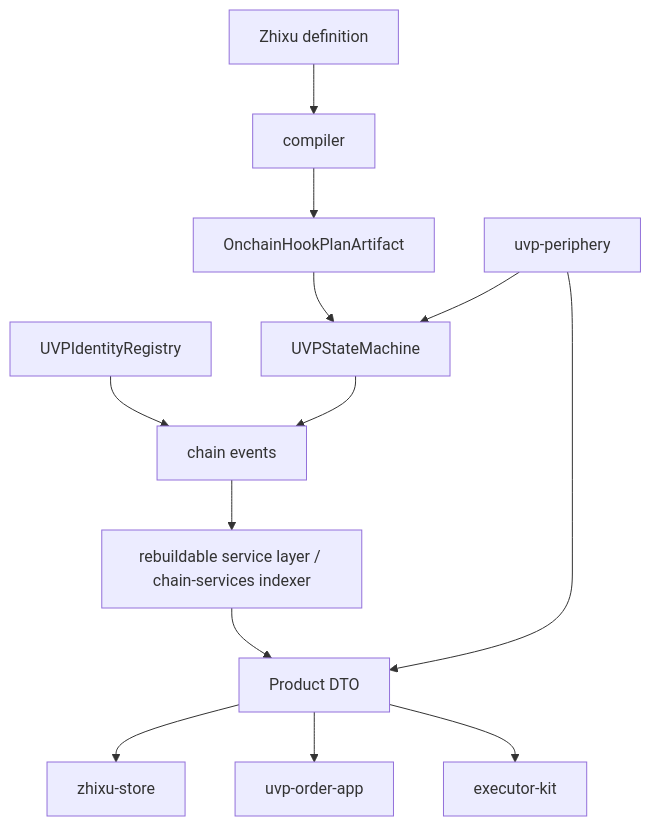
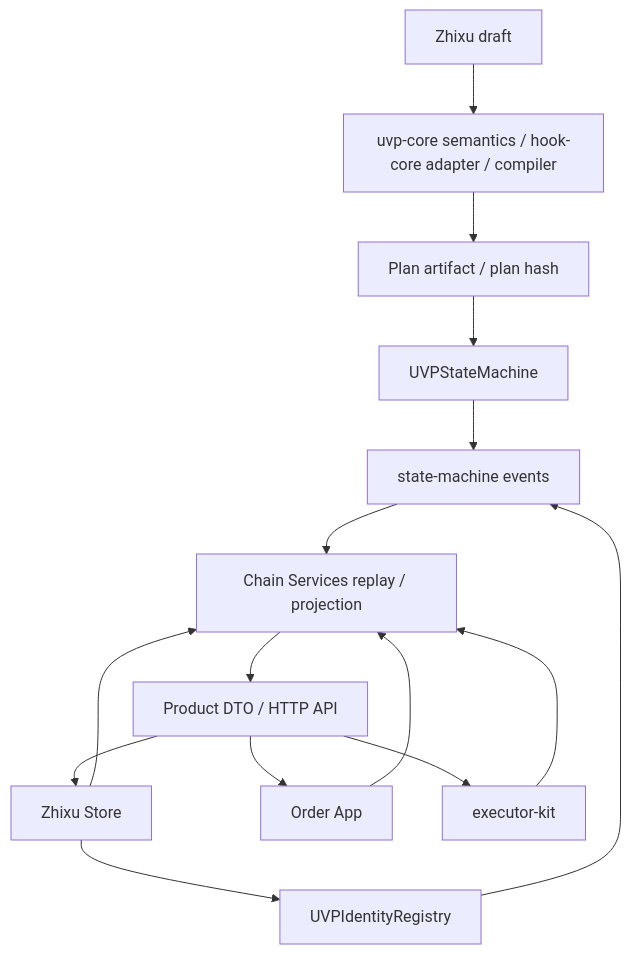
Before and after one commit to conucleus/uvp-wiki: the first of 2 diagrams in wiki/en/concepts/architecture.md, drawn with Mermaid. The commit also changed other lines of this file and 302 other files, not shown here.

````diff
--- a/wiki/en/concepts/architecture.md
+++ b/wiki/en/concepts/architecture.md
@@ -5,15 +12,17 @@
 ```mermaid
 flowchart TD
-  Z["Zhixu definition"] --> C["compiler"]
-  C --> OHP["OnchainHookPlanArtifact"]
-  OHP --> SM["UVPStateMachine"]
-  IR["UVPIdentityRegistry"] --> EV["identity events"]
-  SM --> EV["chain events"]
-  EV --> IDX["rebuildable service layer / chain-services indexer"]
-  IDX --> DTO["Product DTO"]
-  DTO --> Store["zhixu-store"]
-  DTO --> OrderApp["uvp-order-app"]
+  Z["Zhixu draft"] --> HC["uvp-core semantics / hook-core adapter / compiler"]
+  HC --> P["Plan artifact / plan hash"]
+  Store --> IR["UVPIdentityRegistry"]
+  P --> SM["UVPStateMachine"]
+  IR --> EV["identity events"]
+  SM --> EV["state-machine events"]
+  EV --> CS["Chain Services replay / projection"]
+  CS --> DTO["Product DTO / HTTP API"]
+  DTO --> Store["Zhixu Store"]
+  DTO --> OrderApp["Order App"]
   DTO --> Exec["executor-kit"]
-  Peri["uvp-periphery"] --> SM
-  Peri --> DTO
+  Store --> CS
+  OrderApp --> CS
+  Exec --> CS
 ```
````
